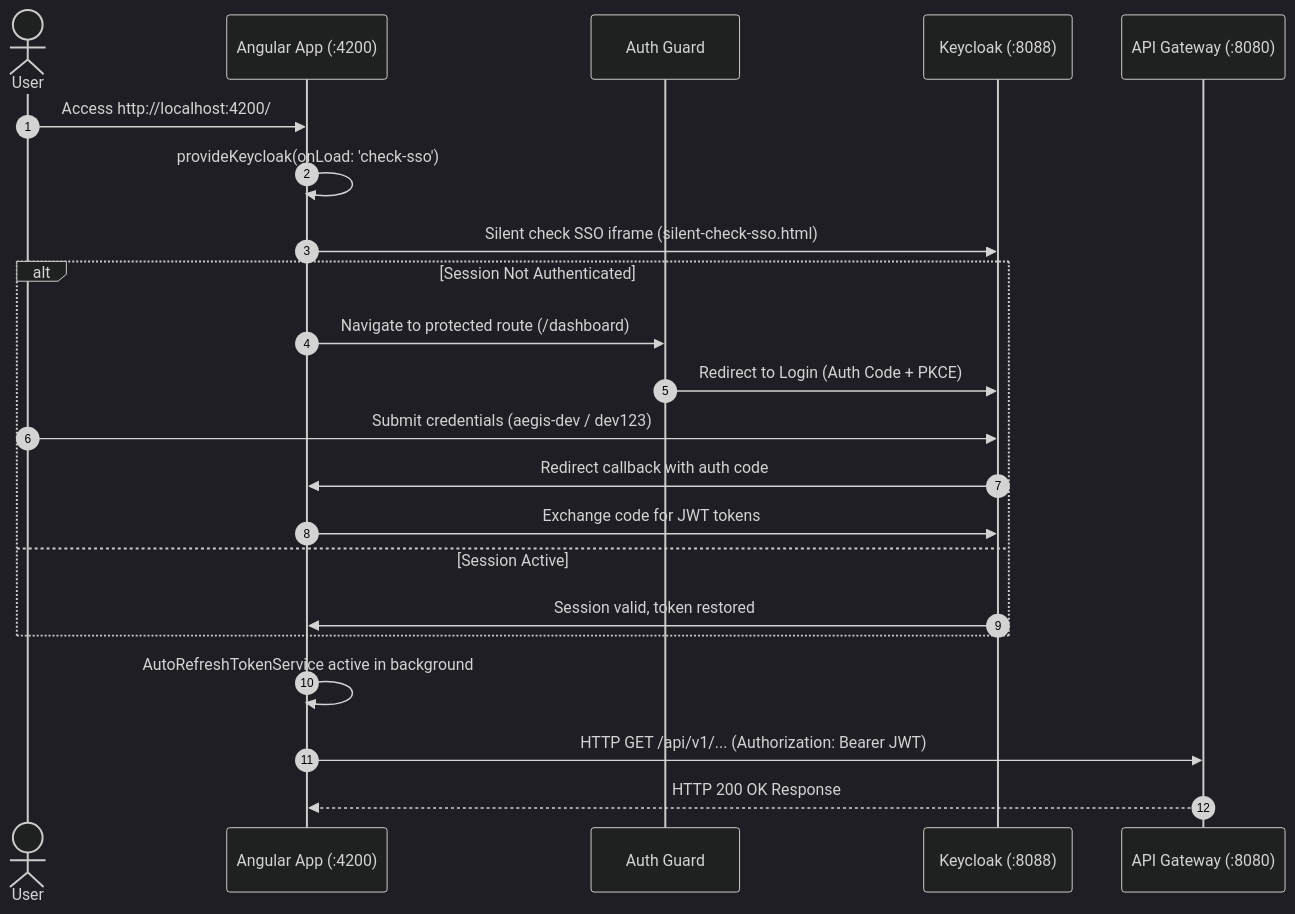
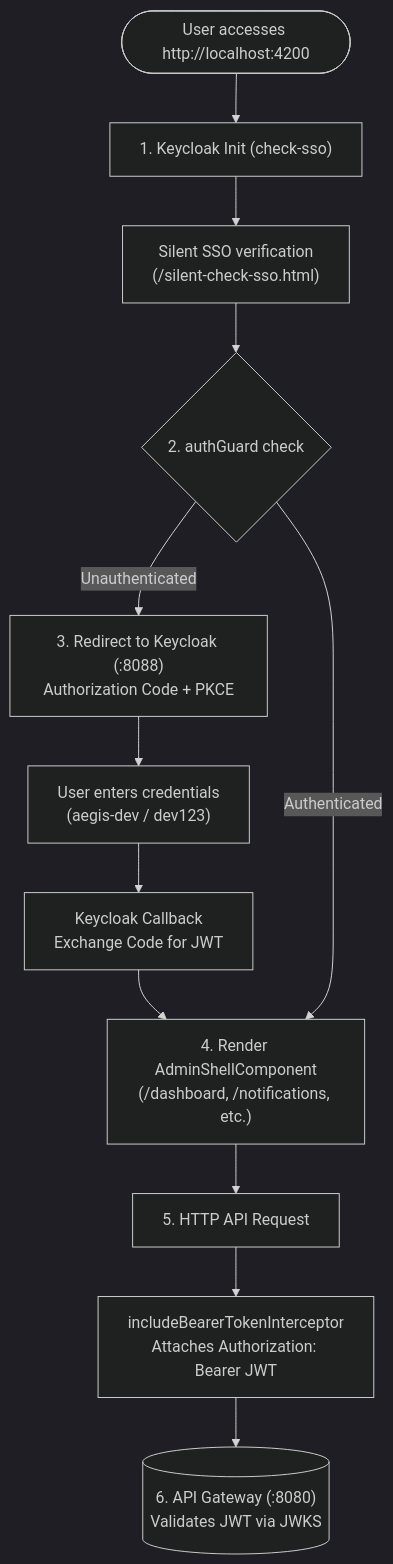
The diagram in aegis-admin-frontend/README.md (Exar-lab/AegisNotify), drawn with Mermaid (dark theme) before and after one commit. The commit also changed other lines of this file, not shown here.

Commit message:
docs(frontend): improve authentication and routing flow diagram in README

````diff
--- a/aegis-admin-frontend/README.md
+++ b/aegis-admin-frontend/README.md
@@ -168,25 +168,17 @@
 ```mermaid
-sequenceDiagram
-    autonumber
-    actor User
-    participant Browser as Angular App (:4200)
-    participant Guard as Auth Guard
-    participant Keycloak as Keycloak (:8088)
-    participant Gateway as API Gateway (:8080)
+flowchart TD
+    Start(["User accesses http://localhost:4200"]) --> Init["1. Keycloak Init (check-sso)"]
+    Init --> SilentSSO["Silent SSO verification<br/>(/silent-check-sso.html)"]
+    SilentSSO --> Guard{"2. authGuard check"}
 
-    User->>Browser: Access http://localhost:4200/
-    Browser->>Browser: provideKeycloak(onLoad: 'check-sso')
-    Browser->>Keycloak: Silent check SSO iframe (silent-check-sso.html)
-    alt Session Not Authenticated
-        Browser->>Guard: Navigate to protected route (/dashboard)
-        Guard->>Keycloak: Redirect to Login (Auth Code + PKCE)
-        User->>Keycloak: Submit credentials (aegis-dev / dev123)
-        Keycloak->>Browser: Redirect callback with auth code
-        Browser->>Keycloak: Exchange code for JWT tokens
-    else Session Active
-        Keycloak->>Browser: Session valid, token restored
-    end
-    Browser->>Browser: AutoRefreshTokenService active in background
-    Browser->>Gateway: HTTP GET /api/v1/... (Authorization: Bearer JWT)
-    Gateway-->>Browser: HTTP 200 OK Response
+    Guard -- "Unauthenticated" --> KCLogin["3. Redirect to Keycloak (:8088)<br/>Authorization Code + PKCE"]
+    KCLogin --> UserAuth["User enters credentials<br/>(aegis-dev / dev123)"]
+    UserAuth --> Callback["Keycloak Callback<br/>Exchange Code for JWT"]
+    Callback --> Shell
+
+    Guard -- "Authenticated" --> Shell["4. Render AdminShellComponent<br/>(/dashboard, /notifications, etc.)"]
+
+    Shell --> APIReq["5. HTTP API Request"]
+    APIReq --> Interceptor["includeBearerTokenInterceptor<br/>Attaches Authorization: Bearer JWT"]
+    Interceptor --> Gateway[("6. API Gateway (:8080)<br/>Validates JWT via JWKS")]
 ```
````
